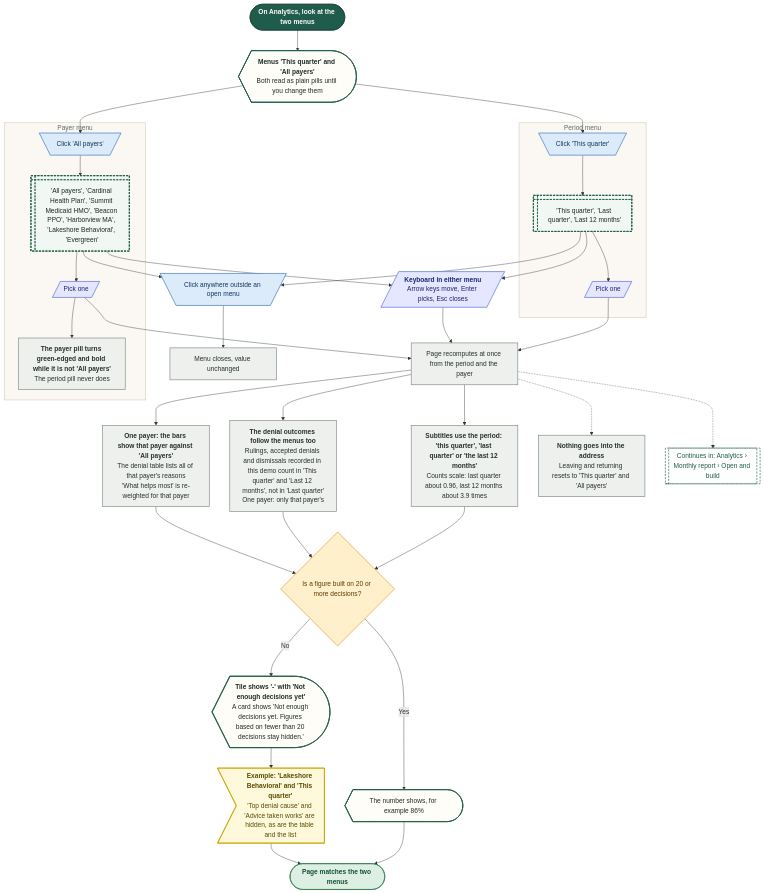
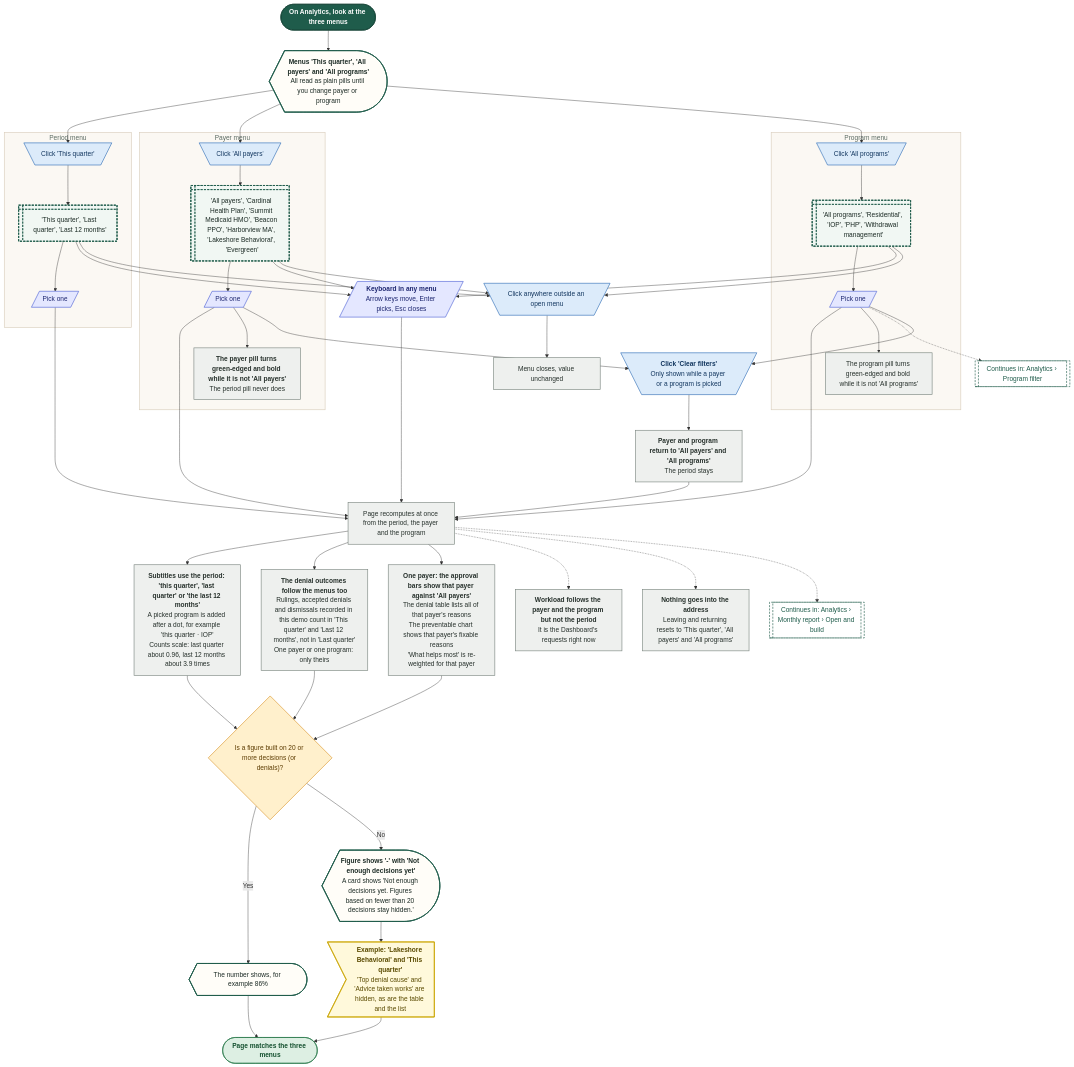
The second of 12 diagrams in demos/prior-auth-demo/workflows/out/md/08-analytics.md (Shrav143/psyfloapp), drawn with Mermaid before and after one commit. The commit also changed other lines of this file and 192 other files, not shown here.

First line of the commit message:
docs: changelog by sidebar tab; README, diagrams and Settings layout aligned with the refinement; shared InfoTip; referral cost-share line

````diff
--- a/demos/prior-auth-demo/workflows/out/md/08-analytics.md
+++ b/demos/prior-auth-demo/workflows/out/md/08-analytics.md
@@ -113,8 +122,8 @@
   classDef k_wait fill:#E4E8EE,stroke:#6B7C93,color:#26303D,stroke-width:1.5px
   classDef k_toast fill:#FFF9DB,stroke:#C9A400,color:#5A4A00,stroke-width:1.5px
   classDef k_goto fill:#FFFFFF,stroke:#1F5C4B,color:#1F5C4B,stroke-width:1.5px,stroke-dasharray:5 3
-  s1@{ shape: stadium, label: "On Analytics, look at the two menus" }
-  sc@{ shape: curv-trap, label: "<b>Menus 'This quarter' and 'All payers'</b><br/>Both read as plain pills until you change them" }
+  s1@{ shape: stadium, label: "On Analytics, look at the three menus" }
+  sc@{ shape: curv-trap, label: "<b>Menus 'This quarter', 'All payers' and 'All programs'</b><br/>All read as plain pills until you change payer or program" }
   subgraph gPeriod ["Period menu"]
   c1@{ shape: trap-t, label: "Click 'This quarter'" }
   o1@{ shape: win-pane, label: "'This quarter', 'Last quarter', 'Last 12 months'" }
@@ -126,45 +135,61 @@
   i2@{ shape: lean-r, label: "Pick one" }
   p2@{ shape: rect, label: "<b>The payer pill turns green-edged and bold while it is not 'All payers'</b><br/>The period pill never does" }
   end
-  k1@{ shape: lean-r, label: "<b>Keyboard in either menu</b><br/>Arrow keys move, Enter picks, Esc closes" }
+  subgraph gProgram ["Program menu"]
+  c4@{ shape: trap-t, label: "Click 'All programs'" }
+  o4@{ shape: win-pane, label: "'All programs', 'Residential', 'IOP', 'PHP', 'Withdrawal management'" }
+  i4@{ shape: lean-r, label: "Pick one" }
+  p4@{ shape: rect, label: "The program pill turns green-edged and bold while it is not 'All programs'" }
+  end
+  gp@{ shape: subproc, label: "Continues in: Analytics › Program filter" }
+  cl@{ shape: trap-t, label: "<b>Click 'Clear filters'</b><br/>Only shown while a payer or a program is picked" }
+  pcl@{ shape: rect, label: "<b>Payer and program return to 'All payers' and 'All programs'</b><br/>The period stays" }
+  k1@{ shape: lean-r, label: "<b>Keyboard in any menu</b><br/>Arrow keys move, Enter picks, Esc closes" }
   k2@{ shape: trap-t, label: "Click anywhere outside an open menu" }
   p1@{ shape: rect, label: "Menu closes, value unchanged" }
-  r1@{ shape: rect, label: "Page recomputes at once from the period and the payer" }
-  r2@{ shape: rect, label: "<b>Subtitles use the period: 'this quarter', 'last quarter' or 'the last 12 months'</b><br/>Counts scale: last quarter about 0.96, last 12 months about 3.9 times" }
-  r4@{ shape: rect, label: "<b>The denial outcomes follow the menus too</b><br/>Rulings, accepted denials and dismissals recorded in this demo count in 'This quarter' and 'Last 12 months', not in 'Last quarter'<br/>One payer: only that payer's" }
-  r3@{ shape: rect, label: "<b>One payer: the bars show that payer against 'All payers'</b><br/>The denial table lists all of that payer's reasons<br/>'What helps most' is re-weighted for that payer" }
-  q1@{ shape: diam, label: "Is a figure built on 20 or more decisions?" }
+  r1@{ shape: rect, label: "Page recomputes at once from the period, the payer and the program" }
+  r2@{ shape: rect, label: "<b>Subtitles use the period: 'this quarter', 'last quarter' or 'the last 12 months'</b><br/>A picked program is added after a dot, for example 'this quarter · IOP'<br/>Counts scale: last quarter about 0.96, last 12 months about 3.9 times" }
+  r4@{ shape: rect, label: "<b>The denial outcomes follow the menus too</b><br/>Rulings, accepted denials and dismissals recorded in this demo count in 'This quarter' and 'Last 12 months', not in 'Last quarter'<br/>One payer or one program: only theirs" }
+  r3@{ shape: rect, label: "<b>One payer: the approval bars show that payer against 'All payers'</b><br/>The denial table lists all of that payer's reasons<br/>The preventable chart shows that payer's fixable reasons<br/>'What helps most' is re-weighted for that payer" }
+  r5@{ shape: rect, label: "<b>Workload follows the payer and the program but not the period</b><br/>It is the Dashboard's requests right now" }
+  q1@{ shape: diam, label: "Is a figure built on 20 or more decisions (or denials)?" }
   ok@{ shape: curv-trap, label: "The number shows, for example 86%" }
-  hid@{ shape: curv-trap, label: "<b>Tile shows '-' with 'Not enough decisions yet'</b><br/>A card shows 'Not enough decisions yet. Figures based on fewer than 20 decisions stay hidden.'" }
+  hid@{ shape: curv-trap, label: "<b>Figure shows '-' with 'Not enough decisions yet'</b><br/>A card shows 'Not enough decisions yet. Figures based on fewer than 20 decisions stay hidden.'" }
   ex@{ shape: odd, label: "<b>Example: 'Lakeshore Behavioral' and 'This quarter'</b><br/>'Top denial cause' and 'Advice taken works' are hidden, as are the table and the list" }
-  p3@{ shape: rect, label: "<b>Nothing goes into the address</b><br/>Leaving and returning resets to 'This quarter' and 'All payers'" }
+  p3@{ shape: rect, label: "<b>Nothing goes into the address</b><br/>Leaving and returning resets to 'This quarter', 'All payers' and 'All programs'" }
   g1@{ shape: subproc, label: "Continues in: Analytics › Monthly report › Open and build" }
-  e1@{ shape: stadium, label: "Page matches the two menus" }
+  e1@{ shape: stadium, label: "Page matches the three menus" }
   s1 --> sc
   sc --> c1 --> o1 --> i1 --> r1
   sc --> c2 --> o2 --> i2 --> r1
+  sc --> c4 --> o4 --> i4 --> r1
   i2 --> p2
-  o1 & o2 --> k1
-  o1 & o2 --> k2 --> p1
+  i4 --> p4
+  i4 -.-> gp
+  o1 & o2 & o4 --> k1
+  o1 & o2 & o4 --> k2 --> p1
   k1 --> r1
+  i2 & i4 --> cl --> pcl --> r1
   r1 --> r2 --> q1
   r1 --> r4 --> q1
   r1 --> r3
   r3 --> q1
+  r1 -.-> r5
   q1 -->|"Yes"| ok --> e1
   q1 -->|"No"| hid --> ex --> e1
   r1 -.-> p3
   r1 -.-> g1
   class s1 k_start
   class sc,ok,hid k_screen
-  class c1,c2,k2 k_click
-  class o1,o2 k_overlay
-  class i1,i2,k1 k_input
-  class p2,p1,r1,r2,r4,r3,p3 k_process
+  class c1,c2,c4,cl,k2 k_click
+  class o1,o2,o4 k_overlay
+  class i1,i2,i4,k1 k_input
+  class p2,p4,pcl,p1,r1,r2,r4,r3,r5,p3 k_process
+  class gp,g1 k_goto
   class q1 k_decision
   class ex k_toast
-  class g1 k_goto
   class e1 k_end
   style gPeriod fill:#FBF8F3,stroke:#D9CDBB,stroke-width:1.5px,color:#5B6B63
   style gPayer fill:#FBF8F3,stroke:#D9CDBB,stroke-width:1.5px,color:#5B6B63
+  style gProgram fill:#FBF8F3,stroke:#D9CDBB,stroke-width:1.5px,color:#5B6B63
 ```
````
